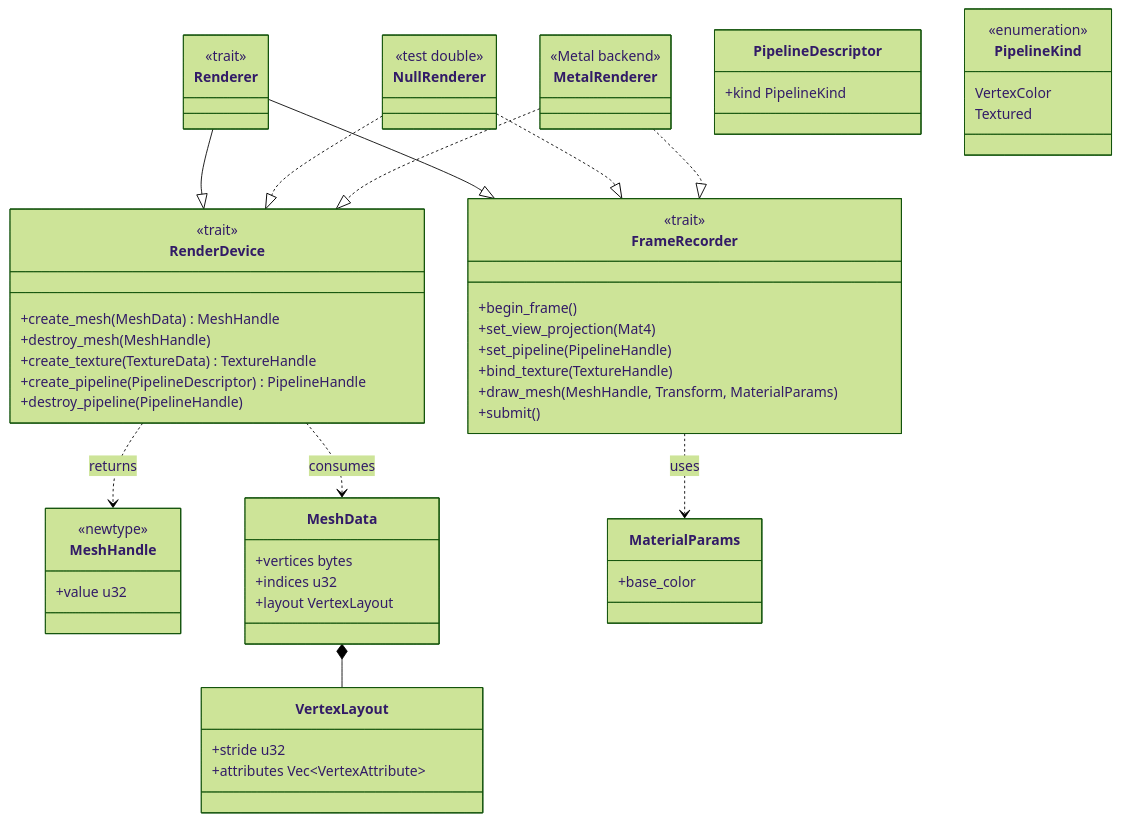
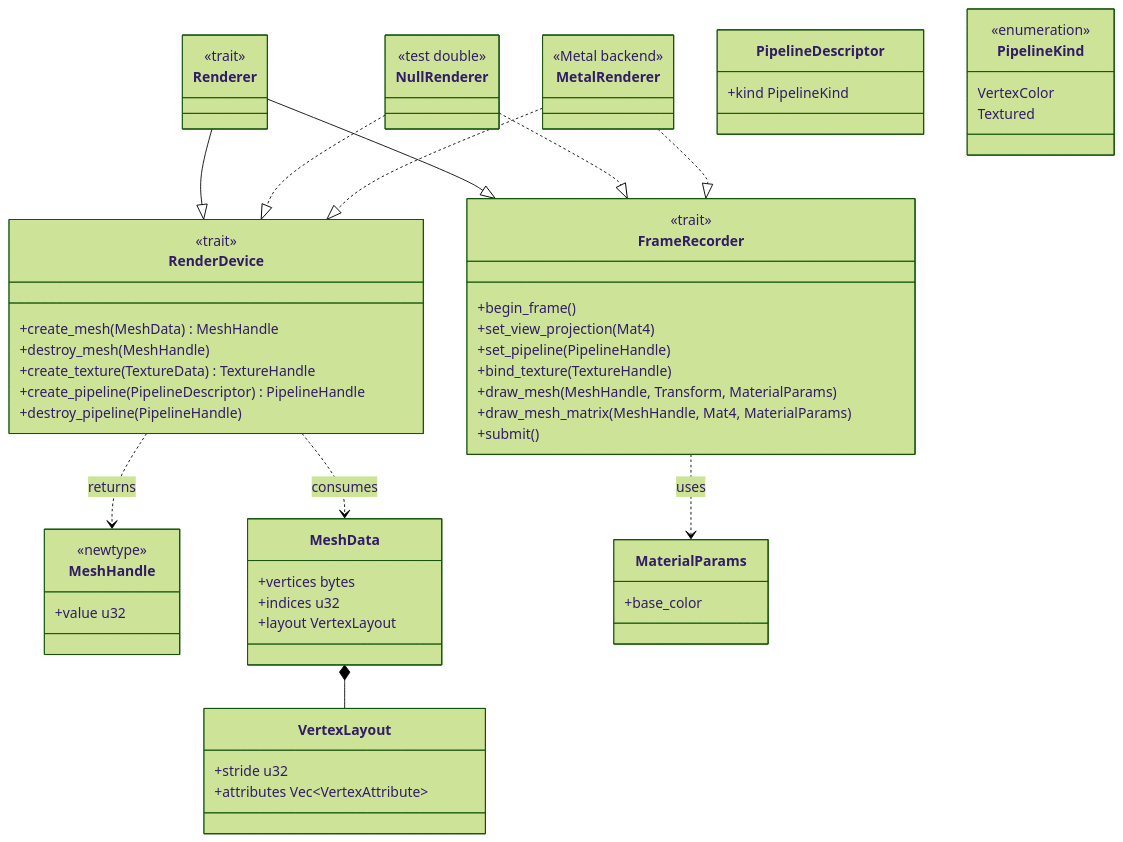
One commit to parsabee/KamanEngine changed the third of 10 diagrams in docs/DESIGN.md. Above: the diagram before and after it, drawn with Mermaid (forest theme). The commit also changed 3 other files, not shown here.

First line of the commit message:
Docs and CHANGELOG: normal matrix, exact node matrices, draw_mesh_matrix

````diff
--- a/docs/DESIGN.md
+++ b/docs/DESIGN.md
@@ -112,64 +112,65 @@
 ```mermaid
 classDiagram
     class RenderDevice {
         <<trait>>
         +create_mesh(MeshData) MeshHandle
         +destroy_mesh(MeshHandle)
         +create_texture(TextureData) TextureHandle
         +create_pipeline(PipelineDescriptor) PipelineHandle
         +destroy_pipeline(PipelineHandle)
     }
     class FrameRecorder {
         <<trait>>
         +begin_frame()
         +set_view_projection(Mat4)
         +set_pipeline(PipelineHandle)
         +bind_texture(TextureHandle)
         +draw_mesh(MeshHandle, Transform, MaterialParams)
+        +draw_mesh_matrix(MeshHandle, Mat4, MaterialParams)
         +submit()
     }
     class Renderer {
         <<trait>>
     }
     class NullRenderer {
         <<test double>>
     }
     class MetalRenderer {
         <<Metal backend>>
     }
     class MeshHandle {
         <<newtype>>
         +value u32
     }
     class MeshData {
         +vertices bytes
         +indices u32
         +layout VertexLayout
     }
     class VertexLayout {
         +stride u32
         +attributes Vec~VertexAttribute~
     }
     class MaterialParams {
         +base_color
     }
     class PipelineDescriptor {
         +kind PipelineKind
     }
     class PipelineKind {
         <<enumeration>>
         VertexColor
         Textured
     }
 
     Renderer --|> RenderDevice
     Renderer --|> FrameRecorder
     NullRenderer ..|> RenderDevice
     NullRenderer ..|> FrameRecorder
     MetalRenderer ..|> RenderDevice
     MetalRenderer ..|> FrameRecorder
     RenderDevice ..> MeshData : consumes
     RenderDevice ..> MeshHandle : returns
     MeshData *-- VertexLayout
     FrameRecorder ..> MaterialParams : uses
 ```
````
